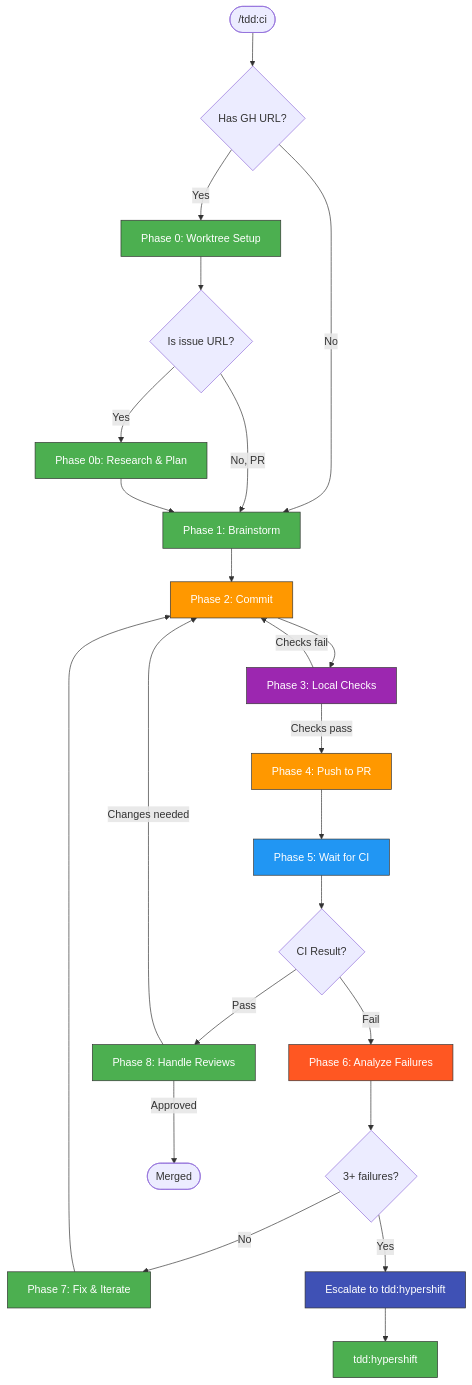
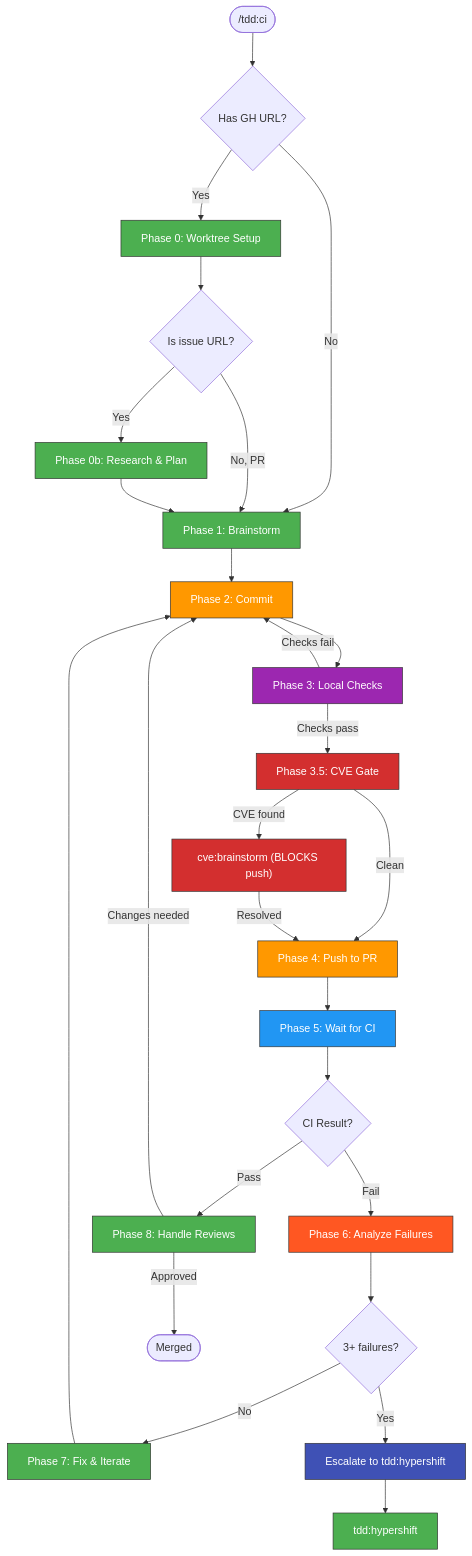
Before and after one commit to kagenti/kagenti: the diagram in .claude/skills/tdd:ci/SKILL.md, drawn with Mermaid. The commit also changed other lines of this file and 12 other files, not shown here.

````diff
--- a/.claude/skills/tdd:ci/SKILL.md
+++ b/.claude/skills/tdd:ci/SKILL.md
@@ -83,40 +84,44 @@
 ```mermaid
 flowchart TD
     START(["/tdd:ci"]) --> HAS_URL{"Has GH URL?"}
     HAS_URL -->|Yes| P0["Phase 0: Worktree Setup"]:::tdd
     HAS_URL -->|No| P1
 
     P0 --> IS_ISSUE{"Is issue URL?"}
     IS_ISSUE -->|Yes| P0B["Phase 0b: Research & Plan"]:::tdd
     IS_ISSUE -->|No, PR| P1
 
     P0B --> P1["Phase 1: Brainstorm"]:::tdd
     P1 --> P2["Phase 2: Commit"]:::git
     P2 --> P3["Phase 3: Local Checks"]:::test
     P3 -->|Checks fail| P2
-    P3 -->|Checks pass| P4["Phase 4: Push to PR"]:::git
+    P3 -->|Checks pass| P3B["Phase 3.5: CVE Gate"]:::cve
+    P3B -->|Clean| P4["Phase 4: Push to PR"]:::git
+    P3B -->|CVE found| CVE_HOLD["cve:brainstorm (BLOCKS push)"]:::cve
+    CVE_HOLD -->|Resolved| P4
     P4 --> P5["Phase 5: Wait for CI"]:::ci
     P5 --> RESULT{"CI Result?"}
 
     RESULT -->|Pass| P8["Phase 8: Handle Reviews"]:::tdd
     RESULT -->|Fail| P6["Phase 6: Analyze Failures"]:::rca
 
     P6 --> FAILCOUNT{"3+ failures?"}
     FAILCOUNT -->|No| P7["Phase 7: Fix & Iterate"]:::tdd
     FAILCOUNT -->|Yes| ESCALATE["Escalate to tdd:hypershift"]:::hypershift
 
     P7 --> P2
 
     P8 -->|Changes needed| P2
     P8 -->|Approved| DONE([Merged])
 
     ESCALATE --> HS["tdd:hypershift"]:::tdd
 
     classDef tdd fill:#4CAF50,stroke:#333,color:white
     classDef rca fill:#FF5722,stroke:#333,color:white
     classDef git fill:#FF9800,stroke:#333,color:white
     classDef k8s fill:#00BCD4,stroke:#333,color:white
     classDef hypershift fill:#3F51B5,stroke:#333,color:white
     classDef ci fill:#2196F3,stroke:#333,color:white
     classDef test fill:#9C27B0,stroke:#333,color:white
+    classDef cve fill:#D32F2F,stroke:#333,color:white
 ```
````
